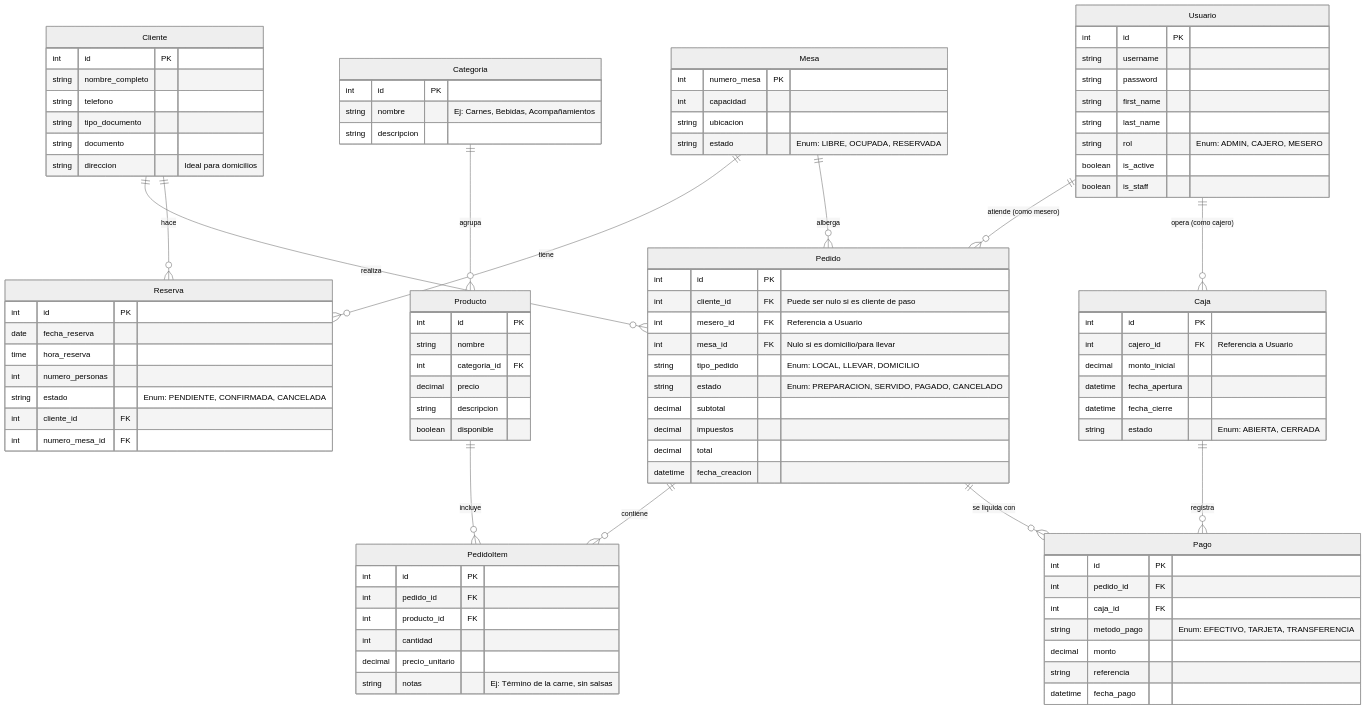
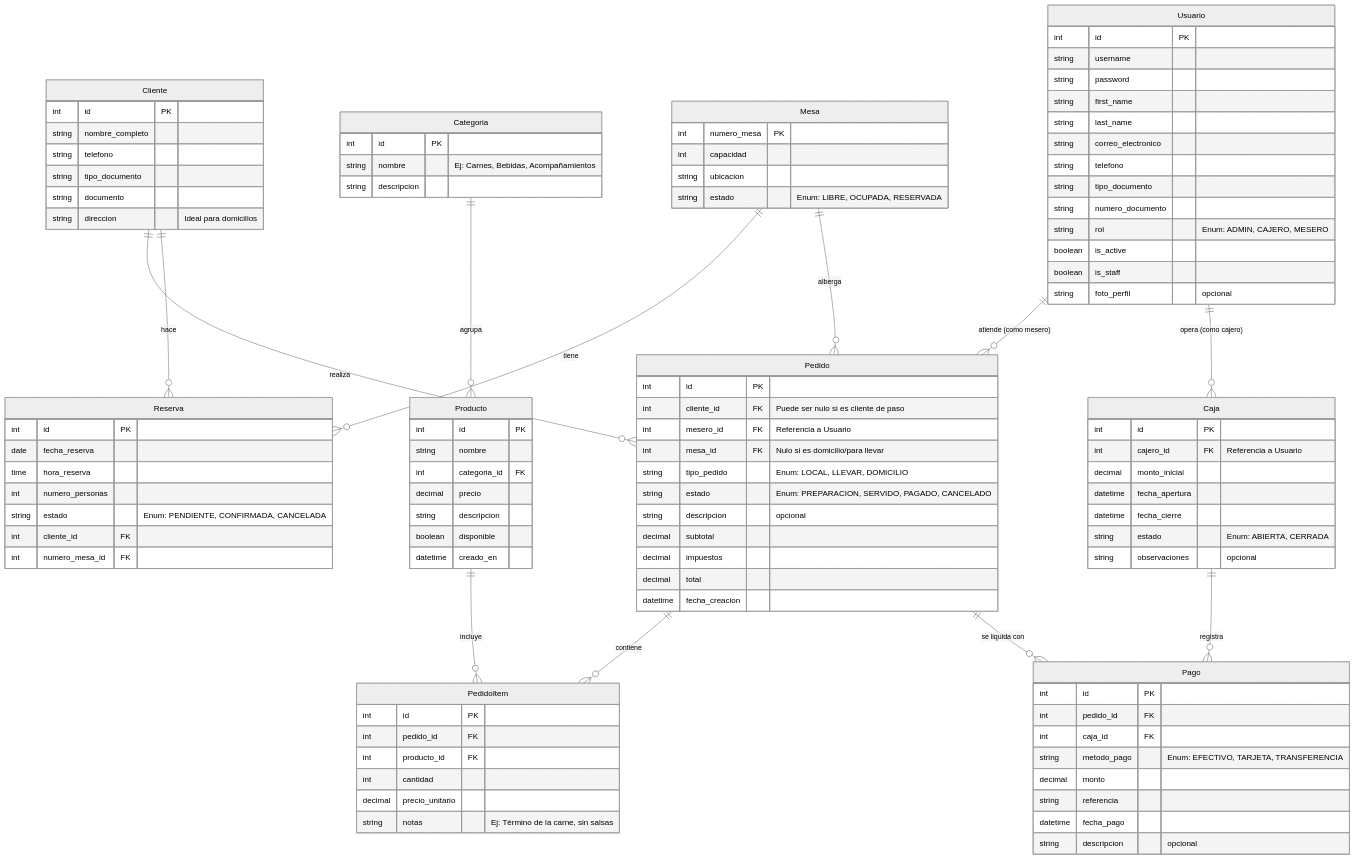
Before and after one commit to carolsandoval00/porras-asadero-app: the diagram in docs/mer_database.md, drawn with Mermaid (neutral theme). The commit also changed other lines of this file, not shown here.

Commit message:
fix: agregar campos faltantes al MER (descripcion en Pedido/Pago, observaciones en Caja)

```diff
--- a/docs/mer_database.md
+++ b/docs/mer_database.md
@@ -20,9 +7,14 @@
         string password
         string first_name
         string last_name
+        string correo_electronico
+        string telefono
+        string tipo_documento
+        string numero_documento
         string rol "Enum: ADMIN, CAJERO, MESERO"
         boolean is_active
         boolean is_staff
+        string foto_perfil "opcional"
     }
 
     %% Comensales y Domicilios
@@ -42,7 +34,6 @@
         string estado "Enum: LIBRE, OCUPADA, RESERVADA"
     }
 
-    %% Reserva simplificada sin tabla de detalles extra
     Reserva {
         int id PK
         date fecha_reserva
@@ -66,9 +57,9 @@
         decimal precio
         string descripcion
         boolean disponible
+        datetime creado_en
     }
 
-    %% Pedido unificado (Reemplaza a Orden y Pedido antiguos)
     Pedido {
         int id PK
         int cliente_id FK "Puede ser nulo si es cliente de paso"
@@ -76,6 +67,7 @@
         int mesa_id FK "Nulo si es domicilio/para llevar"
         string tipo_pedido "Enum: LOCAL, LLEVAR, DOMICILIO"
         string estado "Enum: PREPARACION, SERVIDO, PAGADO, CANCELADO"
+        string descripcion "opcional"
         decimal subtotal
         decimal impuestos
         decimal total
@@ -98,9 +90,9 @@
         datetime fecha_apertura
         datetime fecha_cierre
         string estado "Enum: ABIERTA, CERRADA"
+        string observaciones "opcional"
     }
 
-    %% El Pago ahora se enlaza a la Caja y al Pedido
     Pago {
         int id PK
         int pedido_id FK
@@ -109,6 +101,7 @@
         decimal monto
         string referencia
         datetime fecha_pago
+        string descripcion "opcional"
     }
 
     %% Relaciones
```
